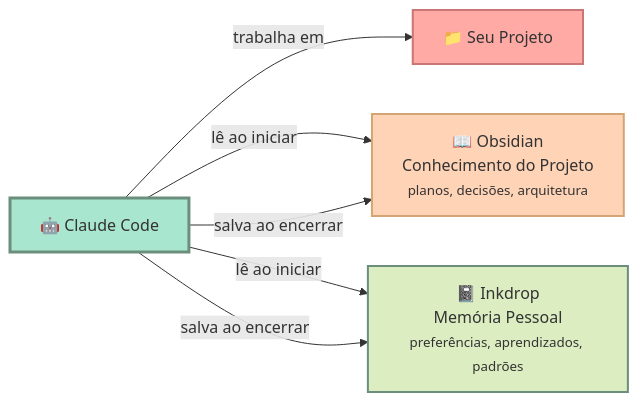
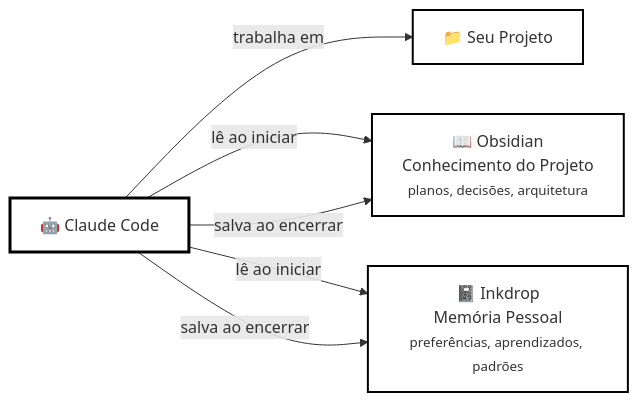
Before and after one commit to marcoscarbonera/carbon-claude-brain: the second of 2 diagrams in README_pt-BR.md, drawn with Mermaid. The commit also changed other lines of this file and 1 other file, not shown here.

Commit message:
style: update diagram element colors in README diagrams to white fill with black stroke.

````diff
--- a/README_pt-BR.md
+++ b/README_pt-BR.md
@@ -48,21 +48,21 @@
 ```mermaid
 graph LR
     Claude[🤖 Claude Code]
     Projeto[📁 Seu Projeto]
 
     Obsidian[📖 Obsidian<br/>Conhecimento do Projeto<br/><small>planos, decisões, arquitetura</small>]
     Inkdrop[📓 Inkdrop<br/>Memória Pessoal<br/><small>preferências, aprendizados, padrões</small>]
 
     Claude -->|trabalha em| Projeto
 
     Claude -->|lê ao iniciar| Obsidian
     Claude -->|lê ao iniciar| Inkdrop
 
     Claude -->|salva ao encerrar| Obsidian
     Claude -->|salva ao encerrar| Inkdrop
 
-    style Claude fill:#a8e6cf,stroke:#6b8e7d,stroke-width:3px
-    style Projeto fill:#ffaaa5,stroke:#c97676,stroke-width:2px
-    style Obsidian fill:#ffd3b6,stroke:#d4a574,stroke-width:2px
-    style Inkdrop fill:#dcedc1,stroke:#6b8e7d,stroke-width:2px
+    style Claude fill:#fff,stroke:#000,stroke-width:3px
+    style Projeto fill:#fff,stroke:#000,stroke-width:2px
+    style Obsidian fill:#fff,stroke:#000,stroke-width:2px
+    style Inkdrop fill:#fff,stroke:#000,stroke-width:2px
 ```
````
